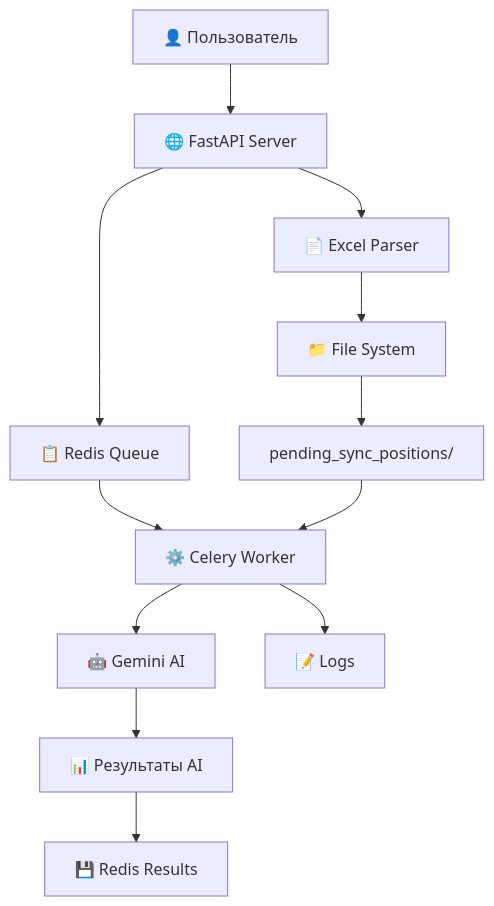
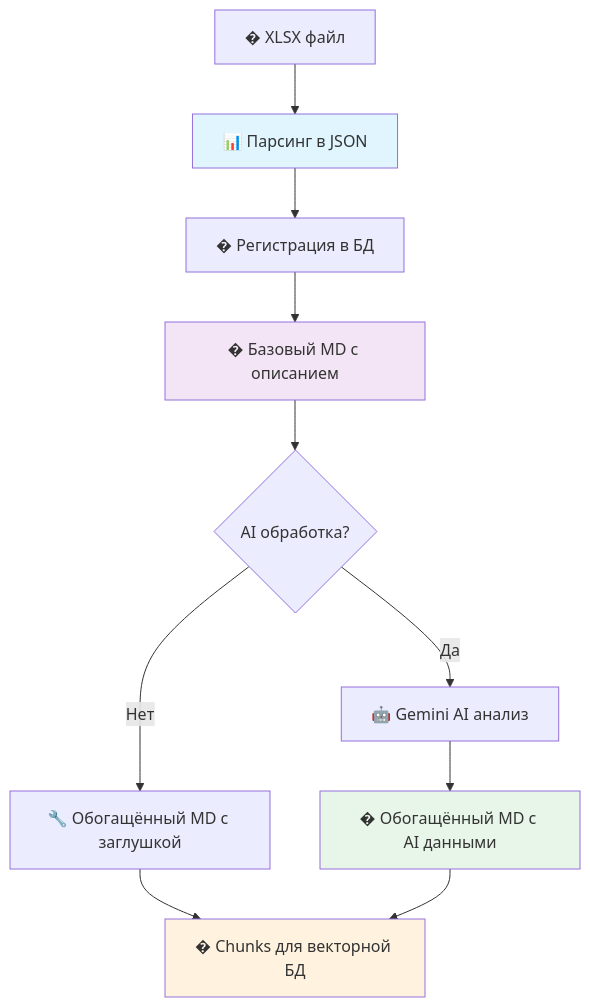
The diagram in README.md (zhukovvlad/parser_tender_xlsx), drawn with Mermaid before and after one commit. The commit also changed other lines of this file and 4 other files, not shown here.

````diff
--- a/README.md
+++ b/README.md
@@ -161,16 +161,17 @@
 ```mermaid
 graph TB
-    A[👤 Пользователь] --> B[🌐 FastAPI Server]
-    B --> C[📄 Excel Parser]
-    B --> D[📋 Redis Queue]
-    D --> E[⚙️ Celery Worker]
-    E --> F[🤖 Gemini AI]
-    F --> G[📊 Результаты AI]
-
-    C --> H[📁 File System]
-    H --> I[pending_sync_positions/]
-    I --> E
-
-    E --> J[📝 Logs]
-    G --> K[💾 Redis Results]
+    A[� XLSX файл] --> B[📊 Парсинг в JSON]
+    B --> C[� Регистрация в БД]
+    C --> D[� Базовый MD с описанием]
+    D --> E{AI обработка?}
+    E -->|Нет| F[🔧 Обогащённый MD с заглушкой]
+    E -->|Да| G[🤖 Gemini AI анализ]
+    G --> H[� Обогащённый MD с AI данными]
+    F --> I[� Chunks для векторной БД]
+    H --> I
+    
+    style B fill:#e1f5fe
+    style D fill:#f3e5f5
+    style H fill:#e8f5e9
+    style I fill:#fff3e0
 ```
````
